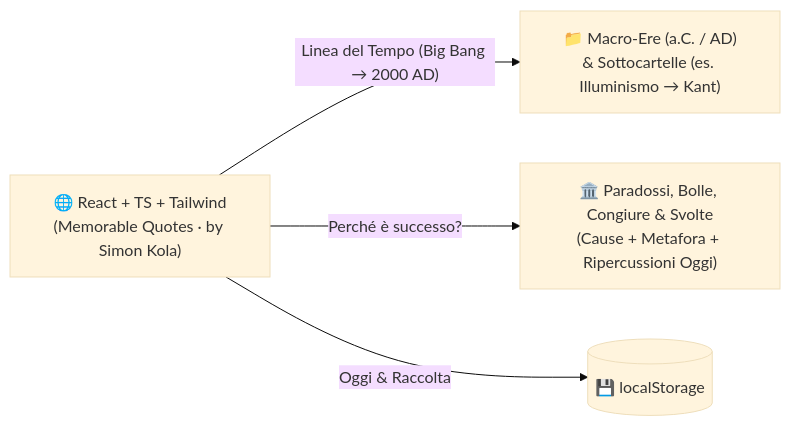
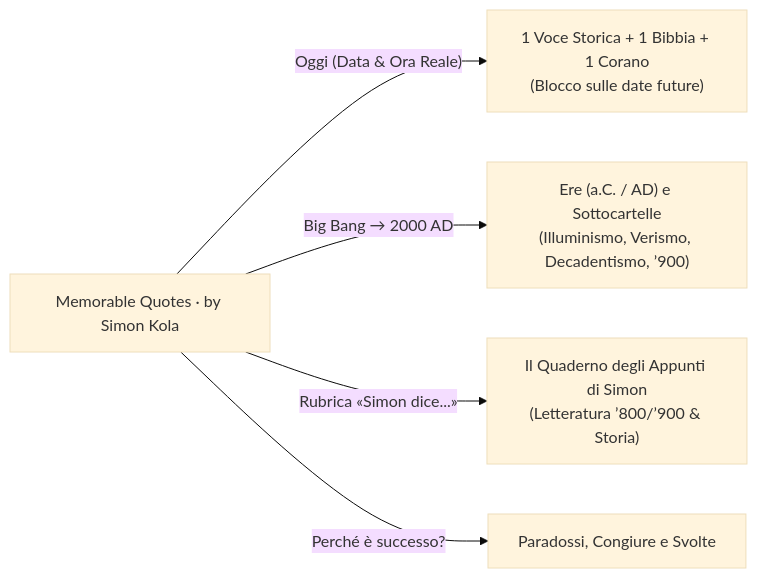
One commit to simonkolaaa/MQ changed the diagram in README.md. Above: the diagram before and after it, drawn with Mermaid (base theme). The commit also changed other lines of this file and 15 other files, not shown here.

Commit message:
feat: sistema solare del pensiero, appunti di Simon, ideologie e intro 3D

````diff
--- a/README.md
+++ b/README.md
@@ -9,6 +9,7 @@
 ```mermaid
 flowchart LR
-    UI["🌐 React + TS + Tailwind\n(Memorable Quotes · by Simon Kola)"] -->|"Linea del Tempo (Big Bang → 2000 AD)"| TREE["📁 Macro-Ere (a.C. / AD)\n& Sottocartelle (es. Illuminismo → Kant)"]
-    UI -->|"Perché è successo?"| INQ["🏛️ Paradossi, Bolle, Congiure & Svolte\n(Cause + Metafora + Ripercussioni Oggi)"]
-    UI -->|"Oggi & Raccolta"| LS[("💾 localStorage")]
+    UI[" Memorable Quotes · by Simon Kola"] -->|"Oggi (Data & Ora Reale)"| TRIO[" 1 Voce Storica + 1 Bibbia + 1 Corano\n(Blocco sulle date future)"]
+    UI -->|"Big Bang → 2000 AD"| TREE[" Ere (a.C. / AD) e Sottocartelle\n(Illuminismo, Verismo, Decadentismo, ’900)"]
+    UI -->|"Rubrica «Simon dice...»"| NOTES[" Il Quaderno degli Appunti di Simon\n(Letteratura ’800/’900 & Storia)"]
+    UI -->|"Perché è successo?"| INQ[" Paradossi, Congiure e Svolte"]
 ```
````
